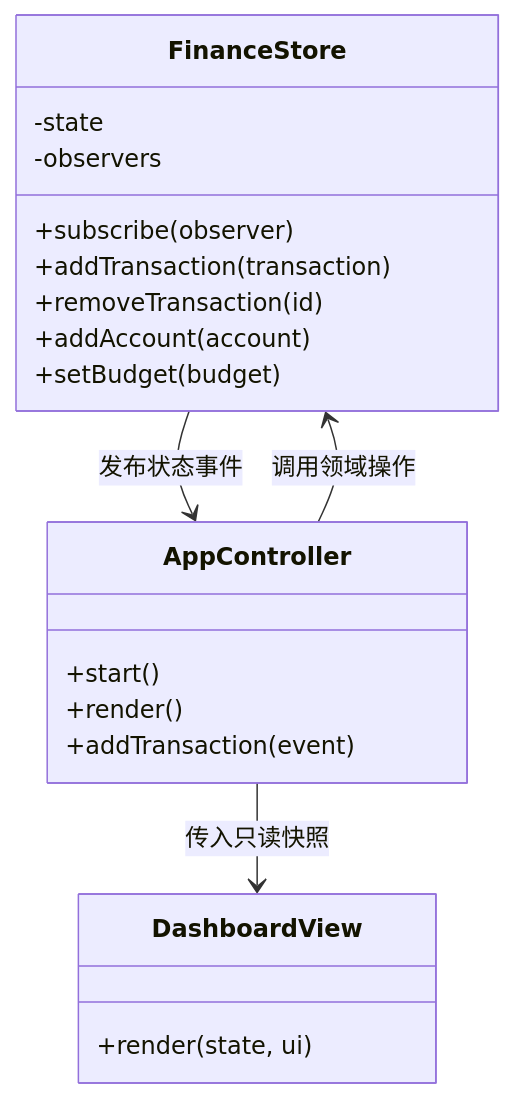
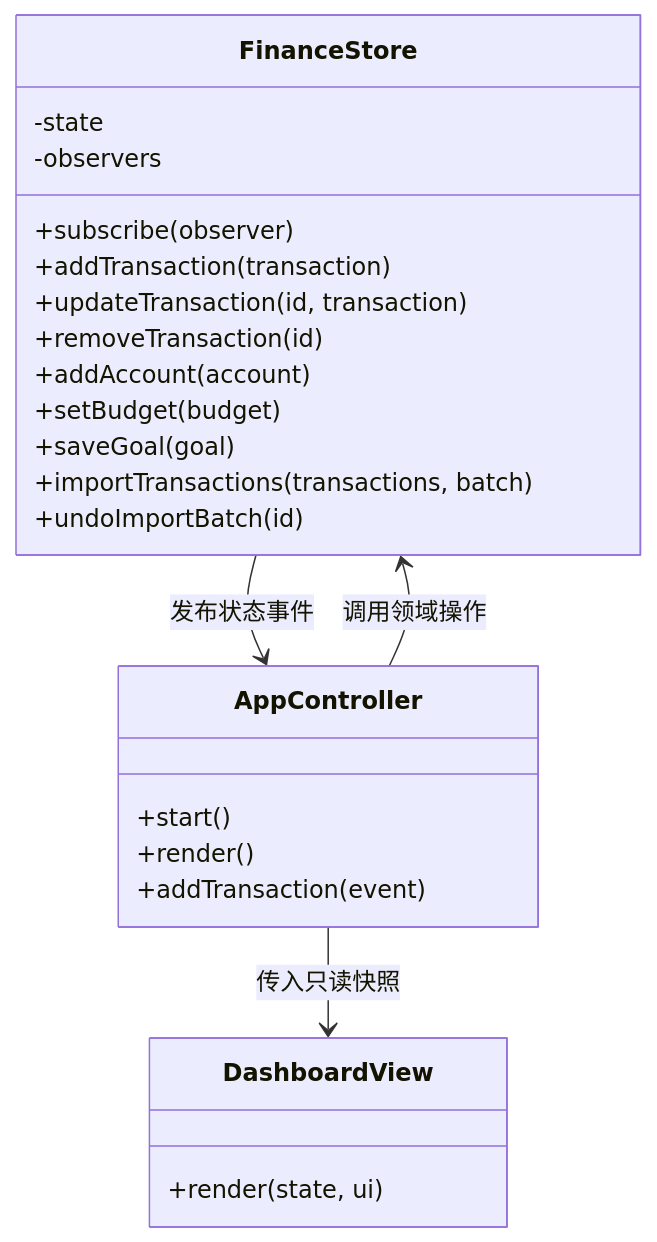
One commit to 0625jxx/yimu-finance-dashboard changed the second of 2 diagrams in docs/technical-design.md. Above: the diagram before and after it, drawn with Mermaid. The commit also changed other lines of this file and 11 other files, not shown here.

Commit message:
feat: add transaction editing and goal tracking

````diff
--- a/docs/technical-design.md
+++ b/docs/technical-design.md
@@ -48,23 +48,27 @@
 ```mermaid
 classDiagram
     class FinanceStore {
       -state
       -observers
       +subscribe(observer)
       +addTransaction(transaction)
+      +updateTransaction(id, transaction)
       +removeTransaction(id)
       +addAccount(account)
       +setBudget(budget)
+      +saveGoal(goal)
+      +importTransactions(transactions, batch)
+      +undoImportBatch(id)
     }
     class AppController {
       +start()
       +render()
       +addTransaction(event)
     }
     class DashboardView {
       +render(state, ui)
     }
     AppController --> FinanceStore : 调用领域操作
     FinanceStore --> AppController : 发布状态事件
     AppController --> DashboardView : 传入只读快照
 ```
````
